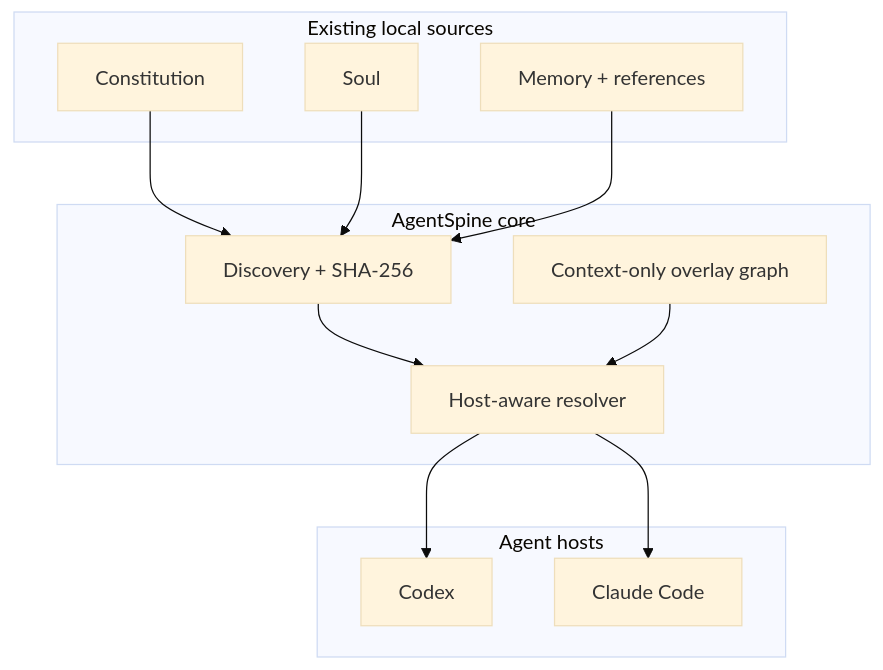
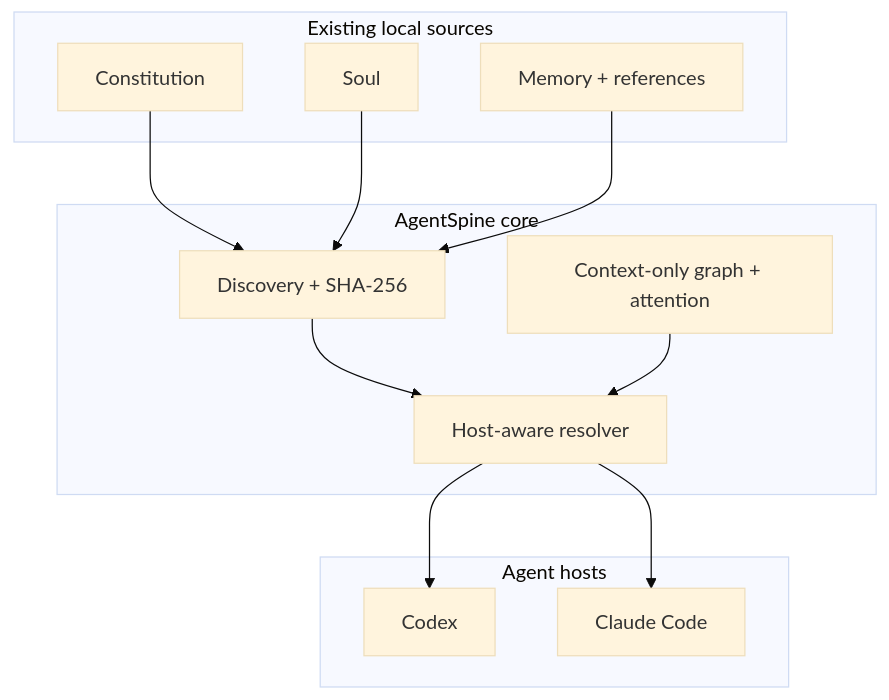
The first of 3 diagrams in docs/architecture.md (Maykbiletti/AgentSpine), drawn with Mermaid (base theme) before and after one commit. The commit also changed other lines of this file and 20 other files, not shown here.

````diff
--- a/docs/architecture.md
+++ b/docs/architecture.md
@@ -7,24 +7,24 @@
 ```mermaid
 flowchart TB
     subgraph Sources["Existing local sources"]
       C["Constitution"]
       S["Soul"]
       M["Memory + references"]
     end
     subgraph Core["AgentSpine core"]
       D["Discovery + SHA-256"]
       R["Host-aware resolver"]
-      G["Context-only overlay graph"]
+      G["Context-only graph + attention"]
     end
     subgraph Hosts["Agent hosts"]
       X["Codex"]
       L["Claude Code"]
     end
     C --> D
     S --> D
     M --> D
     D --> R
     G --> R
     R --> X
     R --> L
 ```
````
